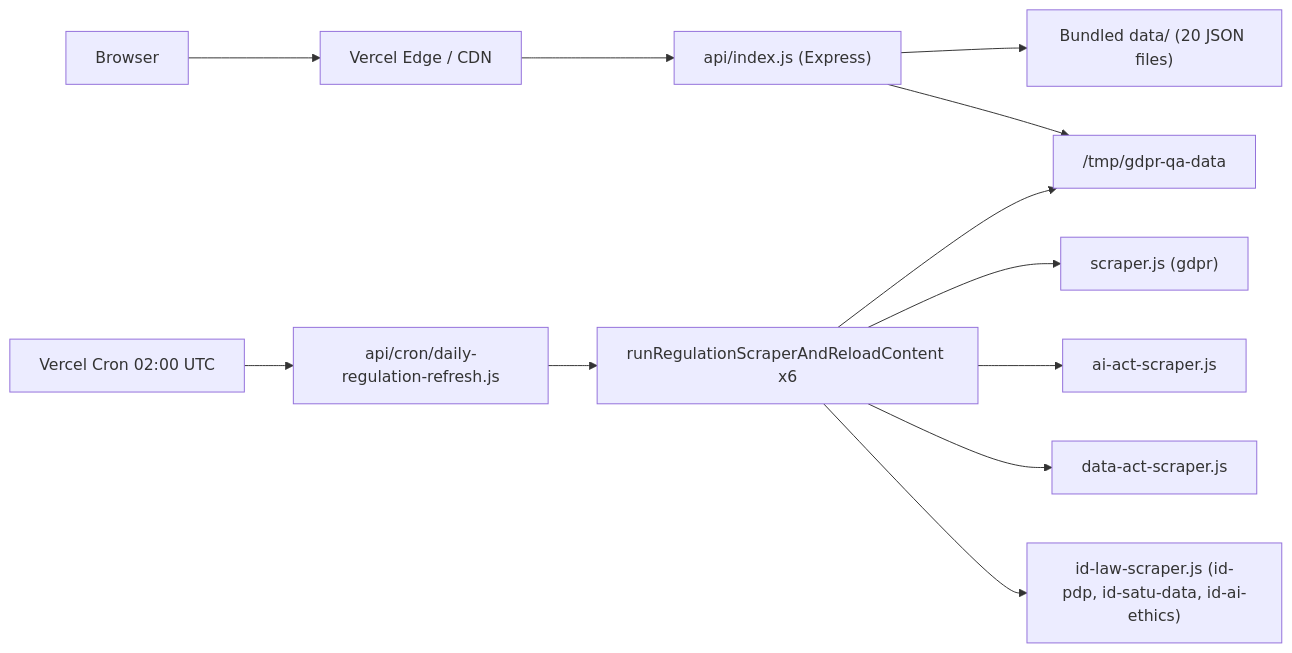
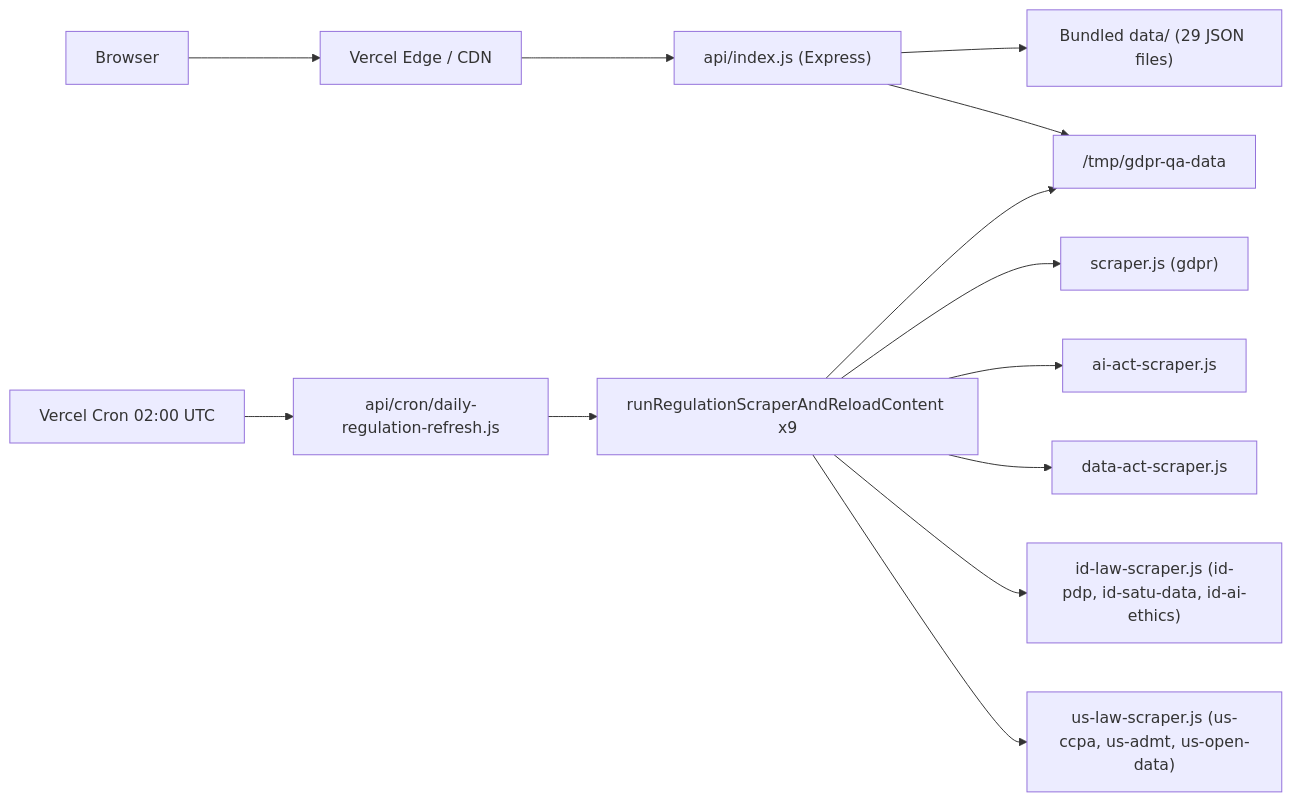
Before and after one commit to RifqiMT/gdpr-qa-platform: the diagram in docs/VERCEL_DEPLOY.md, drawn with Mermaid. The commit also changed other lines of this file and 51 other files, not shown here.

````diff
--- a/docs/VERCEL_DEPLOY.md
+++ b/docs/VERCEL_DEPLOY.md
@@ -18,14 +18,15 @@
 ```mermaid
 flowchart LR
   User[Browser] --> Vercel[Vercel Edge / CDN]
   Vercel --> API["api/index.js (Express)"]
-  API --> Bundle["Bundled data/ (20 JSON files)"]
+  API --> Bundle["Bundled data/ (29 JSON files)"]
   API --> Tmp["/tmp/gdpr-qa-data"]
   Cron[Vercel Cron 02:00 UTC] --> CronFn["api/cron/daily-regulation-refresh.js"]
-  CronFn --> ETL[runRegulationScraperAndReloadContent x6]
+  CronFn --> ETL[runRegulationScraperAndReloadContent x9]
   ETL --> Tmp
   ETL --> S1["scraper.js (gdpr)"]
   ETL --> S2["ai-act-scraper.js"]
   ETL --> S3["data-act-scraper.js"]
   ETL --> S4["id-law-scraper.js (id-pdp, id-satu-data, id-ai-ethics)"]
+  ETL --> S5["us-law-scraper.js (us-ccpa, us-admt, us-open-data)"]
 ```
````
